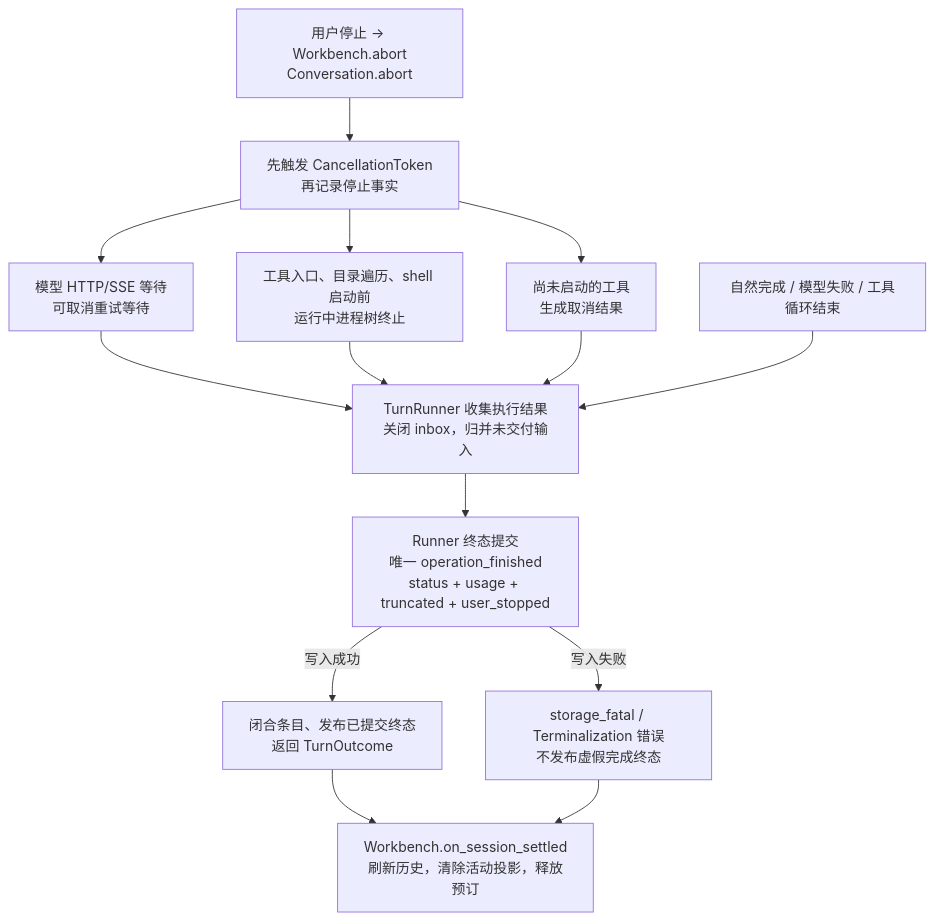
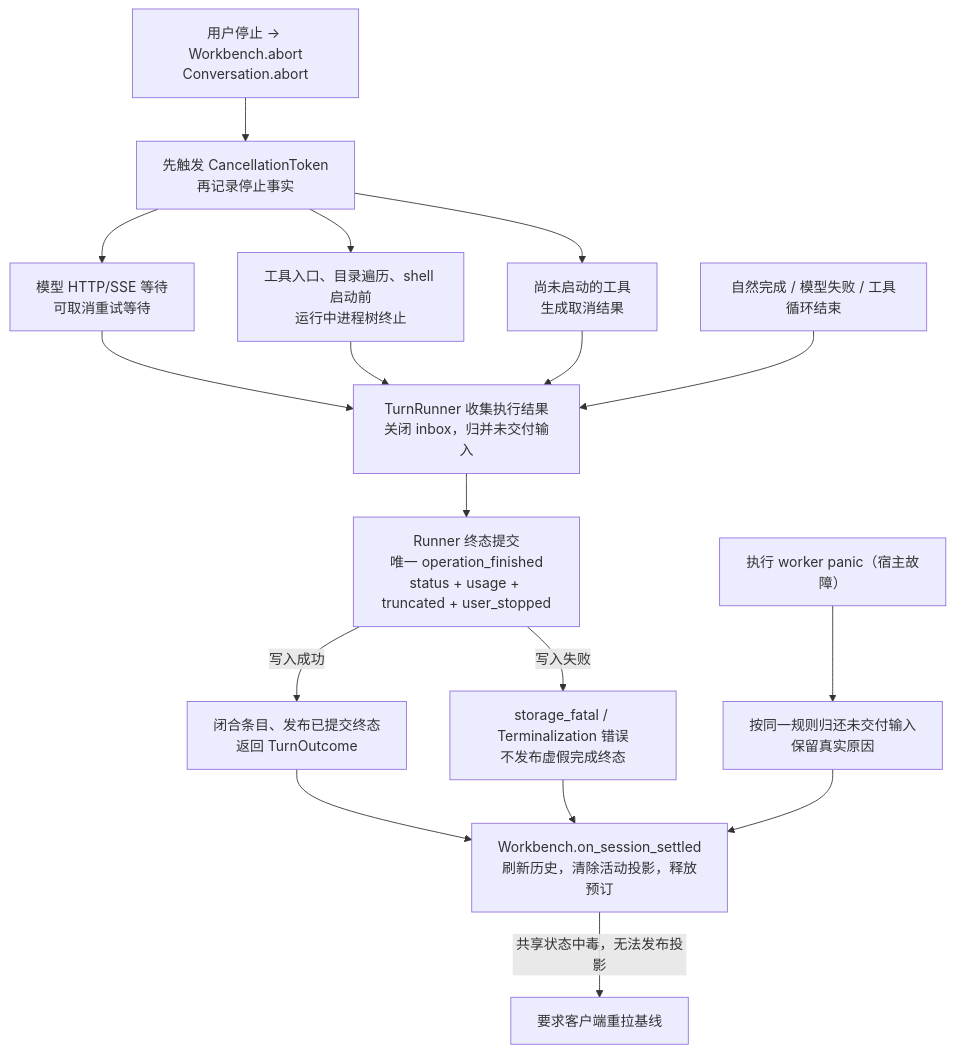
Before and after one commit to qjcnmd/singularity-agent: diagram 17 of 29 in docs/singularity.md, drawn with Mermaid. The commit also changed other lines of this file and 52 other files, not shown here.

````diff
--- a/docs/singularity.md
+++ b/docs/singularity.md
@@ -458,16 +463,19 @@
 ```mermaid
 flowchart TB
     Stop["用户停止 → Workbench.abort<br/>Conversation.abort"] --> Signal["先触发 CancellationToken<br/>再记录停止事实"]
     Signal --> Model["模型 HTTP/SSE 等待<br/>可取消重试等待"]
     Signal --> Tools["工具入口、目录遍历、shell 启动前<br/>运行中进程树终止"]
     Signal --> Unstarted["尚未启动的工具<br/>生成取消结果"]
     Model --> Finish["TurnRunner 收集执行结果<br/>关闭 inbox，归并未交付输入"]
     Tools --> Finish
     Unstarted --> Finish
     Normal["自然完成 / 模型失败 / 工具循环结束"] --> Finish
     Finish --> Commit["Runner 终态提交<br/>唯一 operation_finished<br/>status + usage + truncated + user_stopped"]
     Commit -->|"写入成功"| Publish["闭合条目、发布已提交终态<br/>返回 TurnOutcome"]
     Commit -->|"写入失败"| Fatal["storage_fatal / Terminalization 错误<br/>不发布虚假完成终态"]
     Publish --> Settled["Workbench.on_session_settled<br/>刷新历史，清除活动投影，释放预订"]
     Fatal --> Settled
+    Panic["执行 worker panic（宿主故障）"] --> Handback["按同一规则归还未交付输入<br/>保留真实原因"]
+    Handback --> Settled
+    Settled -->|"共享状态中毒，无法发布投影"| Resync["要求客户端重拉基线"]
 ```
````
